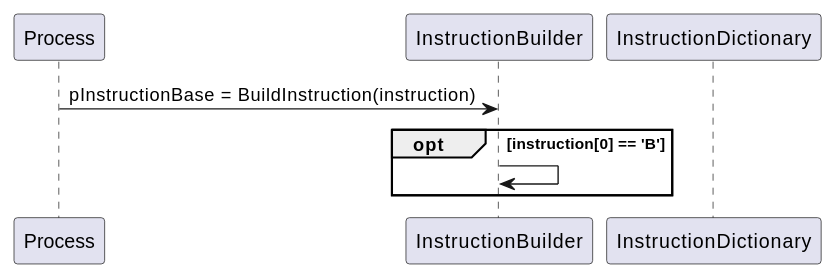
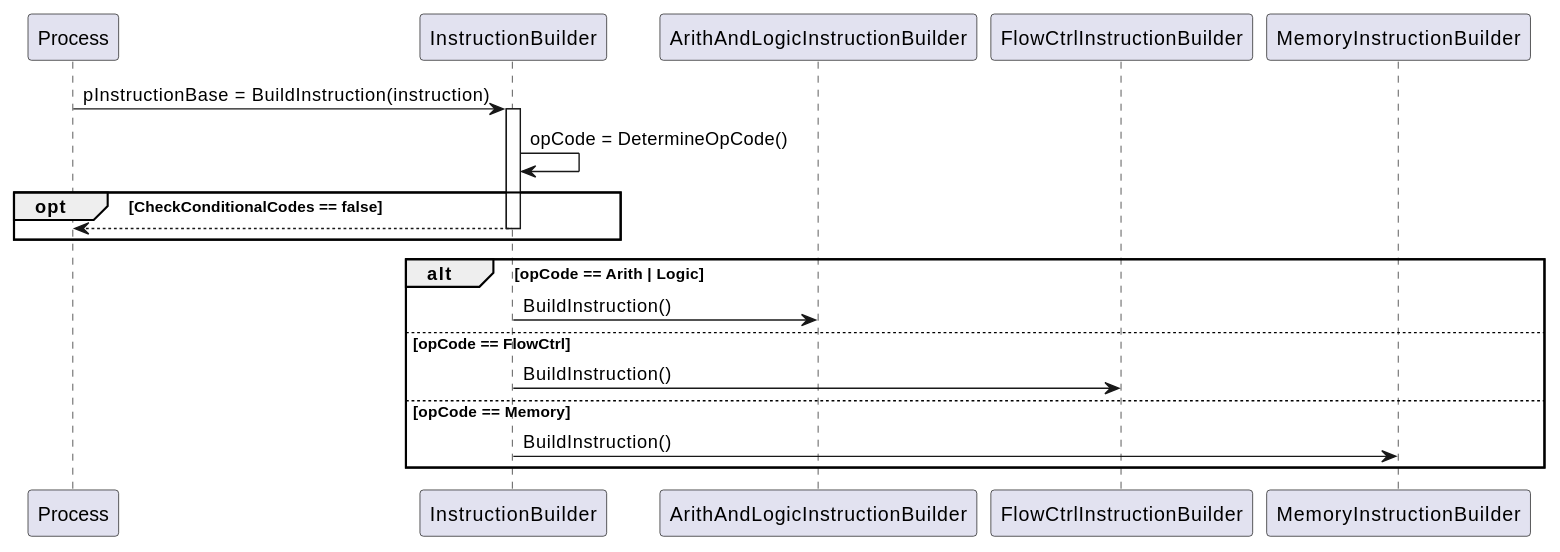
Before and after one commit to KaravolisL/ARM-ISA-Simulator: the first of 2 diagrams in docs/Instruction_Execution.md, drawn with PlantUML. The commit also changed other lines of this file and 3 other files, not shown here.

````diff
--- a/docs/Instruction_Execution.md
+++ b/docs/Instruction_Execution.md
@@ -3,19 +3,33 @@
 ```plantuml
 @startuml
 
 participant Process
 participant InstructionBuilder as IB
-participant InstructionDictionary as ID
+participant ArithAndLogicInstructionBuilder as ALIB
+participant FlowCtrlInstructionBuilder as FCIB
+participant MemoryInstructionBuilder as MIB
 
 
 Process -> IB: pInstructionBase = BuildInstruction(instruction)
+activate IB
 
-opt instruction[0] == 'B'
+IB -> IB: opCode = DetermineOpCode()
 
-IB -> IB
+opt CheckConditionalCodes == false
+return
+end
+
+alt opCode == Arith | Logic
+IB -> ALIB: BuildInstruction()
+
+else opCode == FlowCtrl
+IB -> FCIB: BuildInstruction()
+
+else opCode == Memory
+IB -> MIB: BuildInstruction()
 
 end
 
 
 @enduml
 ```
````
